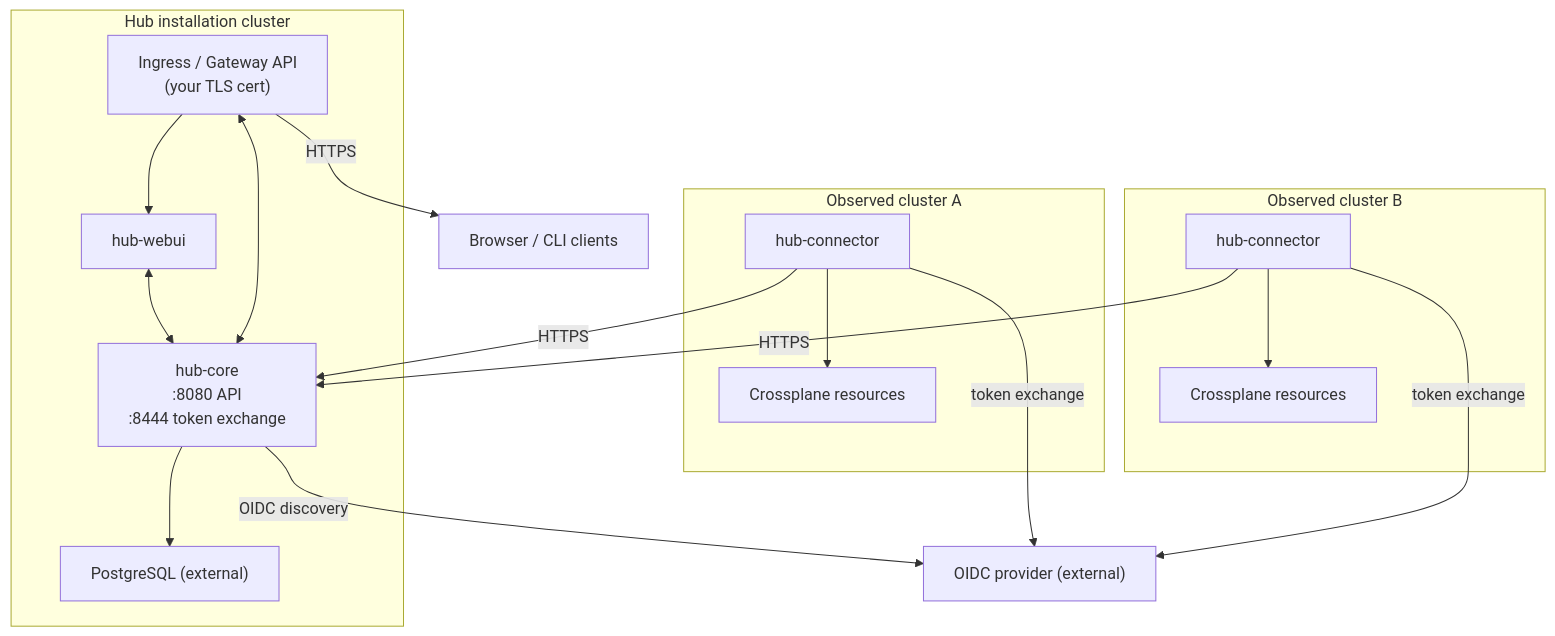
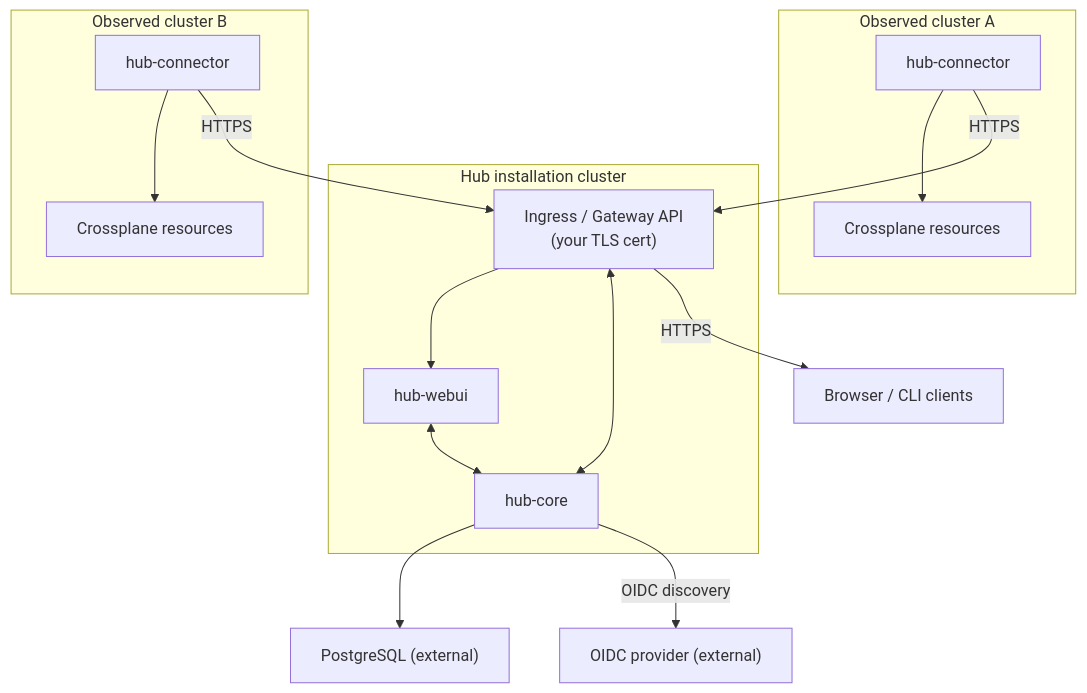
Before and after one commit to lsviben/upbound-docs: the diagram in hub-docs/concepts/architecture.md, drawn with Mermaid. The commit also changed other lines of this file and 29 other files, not shown here.

````diff
--- a/hub-docs/concepts/architecture.md
+++ b/hub-docs/concepts/architecture.md
@@ -17,35 +17,34 @@
 ```mermaid
 flowchart TB
   subgraph hub["Hub installation cluster"]
     ing["Ingress / Gateway API<br/>(your TLS cert)"]
     webui["hub-webui"]
-    api["hub-core<br/>:8080 API<br/>:8444 token exchange"]
-    pg["PostgreSQL (external)"]
+    api["hub-core"]
     ing --> webui
     webui <--> api
-    api --> pg
-  ing <--> api
+    ing <--> api
   end
 
   browser["Browser / CLI clients"]
+  ing -->|HTTPS| browser
+
   oidc["OIDC provider (external)"]
-  ing -->|HTTPS| browser
+  pg["PostgreSQL (external)"]
+  api --> pg
   api -->|OIDC discovery| oidc
 
   subgraph obsA["Observed cluster A"]
     connA["hub-connector"]
     resA["Crossplane resources"]
     connA --> resA
   end
 
   subgraph obsB["Observed cluster B"]
     connB["hub-connector"]
     resB["Crossplane resources"]
     connB --> resB
   end
 
-  connA -->|HTTPS| api
-  connB -->|HTTPS| api
-  connA -->|token exchange| oidc
-  connB -->|token exchange| oidc
+  connA -->|HTTPS| ing
+  connB -->|HTTPS| ing
 ```
````
